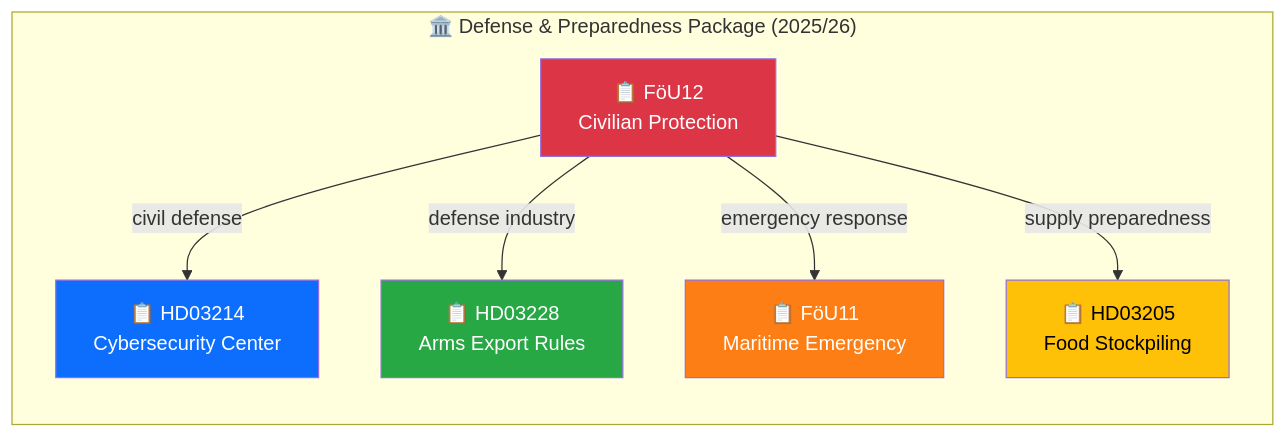
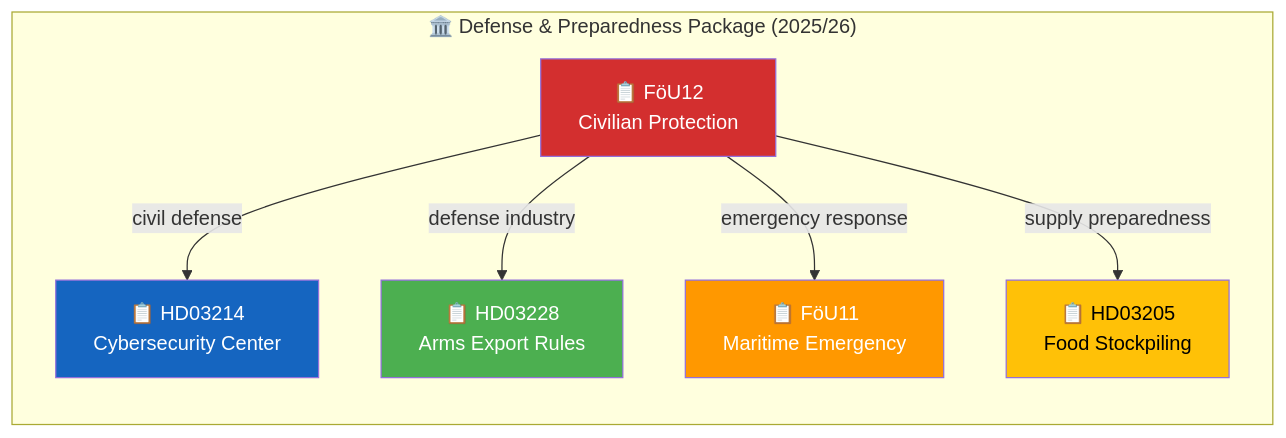
The diagram in analysis/daily/2026-04-05/realtime-1212/documents/HD01FoU12-analysis.md (Hack23/riksdagsmonitor), drawn with Mermaid before and after one commit. The commit also changed 785 other files, not shown here.

First line of the commit message:
Normalize mermaid colors across 786 analysis artifacts to ISMS Style Guide palette

````diff
--- a/analysis/daily/2026-04-05/realtime-1212/documents/HD01FoU12-analysis.md
+++ b/analysis/daily/2026-04-05/realtime-1212/documents/HD01FoU12-analysis.md
@@ -62,21 +62,21 @@
 ```mermaid
 graph LR
     subgraph "🏛️ Defense & Preparedness Package (2025/26)"
         FOU12["📋 FöU12<br/>Civilian Protection"]
         HD214["📋 HD03214<br/>Cybersecurity Center"]
         HD228["📋 HD03228<br/>Arms Export Rules"]
         FOU11["📋 FöU11<br/>Maritime Emergency"]
         HD205["📋 HD03205<br/>Food Stockpiling"]
     end
 
     FOU12 -->|"civil defense"| HD214
     FOU12 -->|"defense industry"| HD228
     FOU12 -->|"emergency response"| FOU11
     FOU12 -->|"supply preparedness"| HD205
 
-    style FOU12 fill:#dc3545,color:#fff
-    style HD214 fill:#0d6efd,color:#fff
-    style HD228 fill:#28a745,color:#fff
-    style FOU11 fill:#fd7e14,color:#fff
-    style HD205 fill:#ffc107,color:#000
+    style FOU12 fill:#D32F2F,color:#FFFFFF
+    style HD214 fill:#1565C0,color:#FFFFFF
+    style HD228 fill:#4CAF50,color:#FFFFFF
+    style FOU11 fill:#FF9800,color:#FFFFFF
+    style HD205 fill:#FFC107,color:#000000
 ```
````
